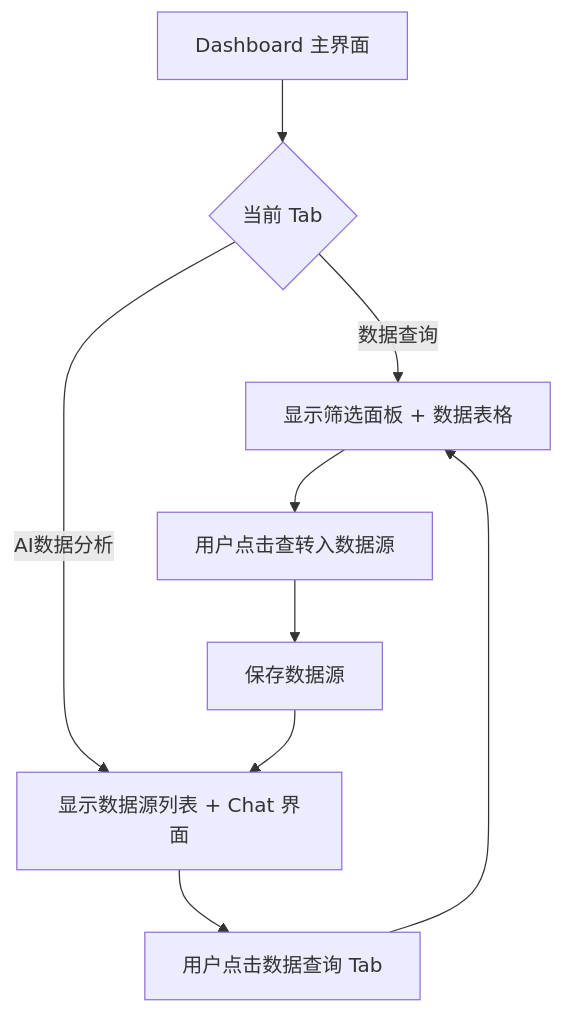
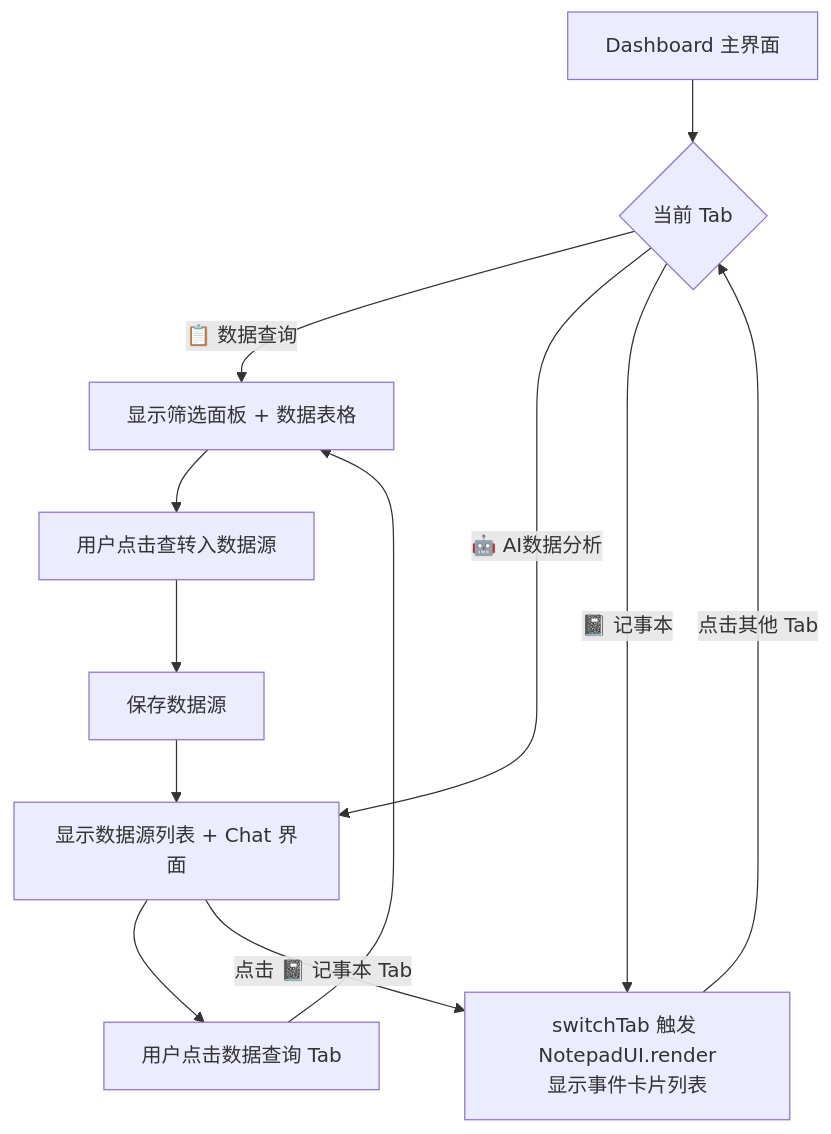
One commit to ksmingkimo/AsCoding changed the seventh of 16 diagrams in 流程图.md. Above: the diagram before and after it, drawn with Mermaid. The commit also changed other lines of this file and 21 other files, not shown here.

````diff
--- a/流程图.md
+++ b/流程图.md
@@ -248,11 +248,14 @@
 ```mermaid
 flowchart TD
     A[Dashboard 主界面] --> B{当前 Tab}
-    B -->|数据查询| C[显示筛选面板 + 数据表格]
-    B -->|AI数据分析| D[显示数据源列表 + Chat 界面]
+    B -->|📋 数据查询| C[显示筛选面板 + 数据表格]
+    B -->|🤖 AI数据分析| D[显示数据源列表 + Chat 界面]
+    B -->|📓 记事本| N[switchTab 触发 NotepadUI.render<br/>显示事件卡片列表]
     C --> E[用户点击查转入数据源]
     E --> F[保存数据源]
     F --> D
     D --> G[用户点击数据查询 Tab]
     G --> C
+    D -->|点击 📓 记事本 Tab| N
+    N -->|点击其他 Tab| B
 ```
````
